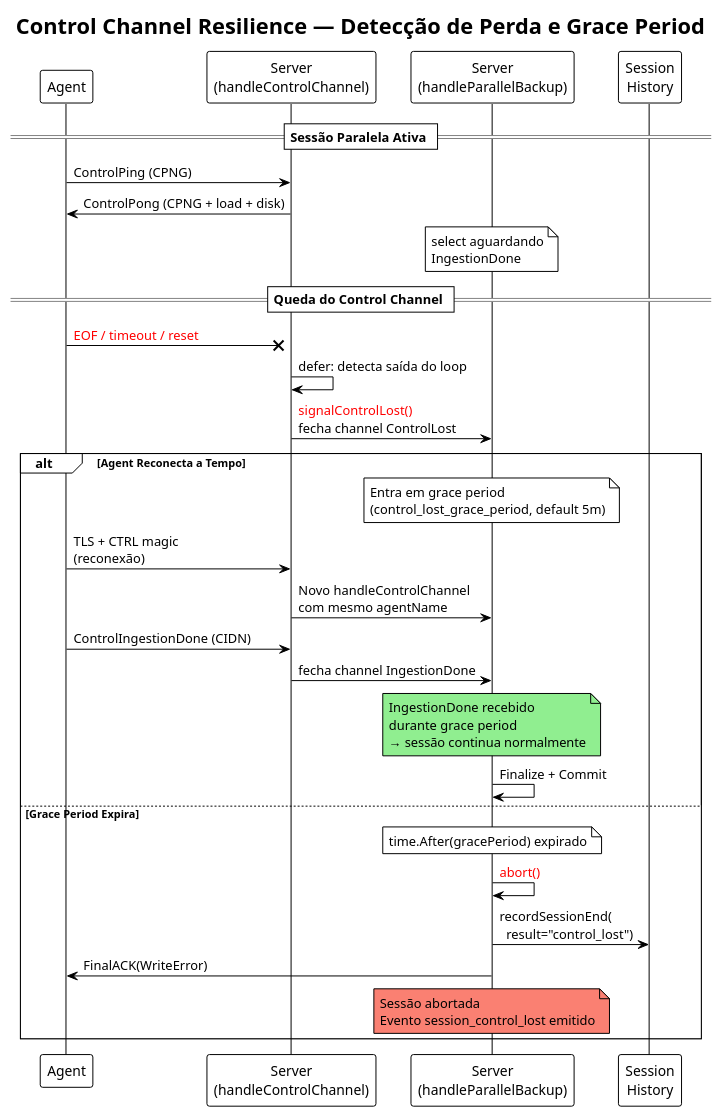
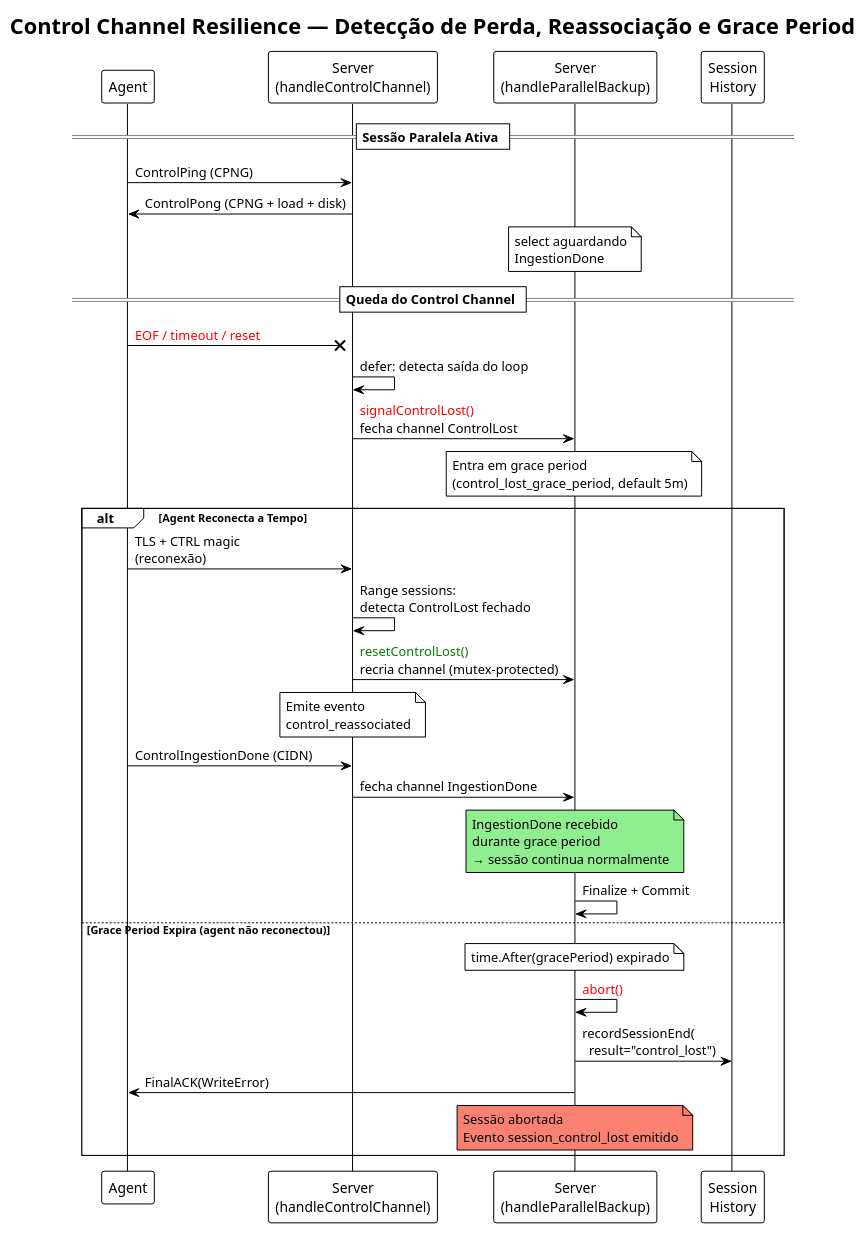
Before and after one commit to nishisan-dev/n-backup: the diagram in docs/diagrams/control_channel_resilience.puml, drawn with PlantUML. The commit also changed 3 other files, not shown here.

First line of the commit message:
docs: document control channel reassociation on reconnect

```diff
--- a/docs/diagrams/control_channel_resilience.puml
+++ b/docs/diagrams/control_channel_resilience.puml
@@ -1,36 +1,38 @@
 @startuml control_channel_resilience
 !theme plain
-title Control Channel Resilience — Detecção de Perda e Grace Period
+title Control Channel Resilience — Detecção de Perda, Reassociação e Grace Period
 
 participant "Agent" as agent
 participant "Server\n(handleControlChannel)" as ctrl
 participant "Server\n(handleParallelBackup)" as parallel
 participant "Session\nHistory" as history
 
 == Sessão Paralela Ativa ==
 agent -> ctrl : ControlPing (CPNG)
 ctrl -> agent : ControlPong (CPNG + load + disk)
 note over parallel : select aguardando\nIngestionDone
 
 == Queda do Control Channel ==
 agent -x ctrl : <font color=red>EOF / timeout / reset</font>
 ctrl -> ctrl : defer: detecta saída do loop
 ctrl -> parallel : <font color=red>signalControlLost()</font>\nfecha channel ControlLost
+note over parallel : Entra em grace period\n(control_lost_grace_period, default 5m)
 
 alt Agent Reconecta a Tempo
-    note over parallel : Entra em grace period\n(control_lost_grace_period, default 5m)
     agent -> ctrl : TLS + CTRL magic\n(reconexão)
-    ctrl -> parallel : Novo handleControlChannel\ncom mesmo agentName
+    ctrl -> ctrl : Range sessions:\ndetecta ControlLost fechado
+    ctrl -> parallel : <font color=green>resetControlLost()</font>\nrecria channel (mutex-protected)
+    note over ctrl : Emite evento\ncontrol_reassociated
     agent -> ctrl : ControlIngestionDone (CIDN)
     ctrl -> parallel : fecha channel IngestionDone
     note over parallel #LightGreen : IngestionDone recebido\ndurante grace period\n→ sessão continua normalmente
     parallel -> parallel : Finalize + Commit
-else Grace Period Expira
+else Grace Period Expira (agent não reconectou)
     note over parallel : time.After(gracePeriod) expirado
     parallel -> parallel : <font color=red>abort()</font>
     parallel -> history : recordSessionEnd(\n  result="control_lost")
     parallel -> agent : FinalACK(WriteError)
     note over parallel #Salmon : Sessão abortada\nEvento session_control_lost emitido
 end
 
 @enduml
```
